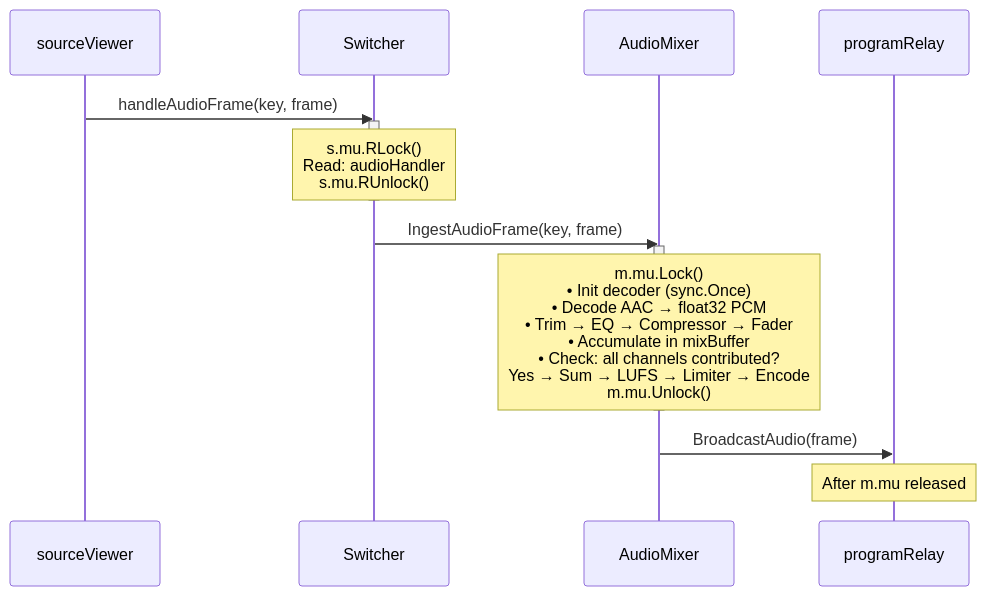
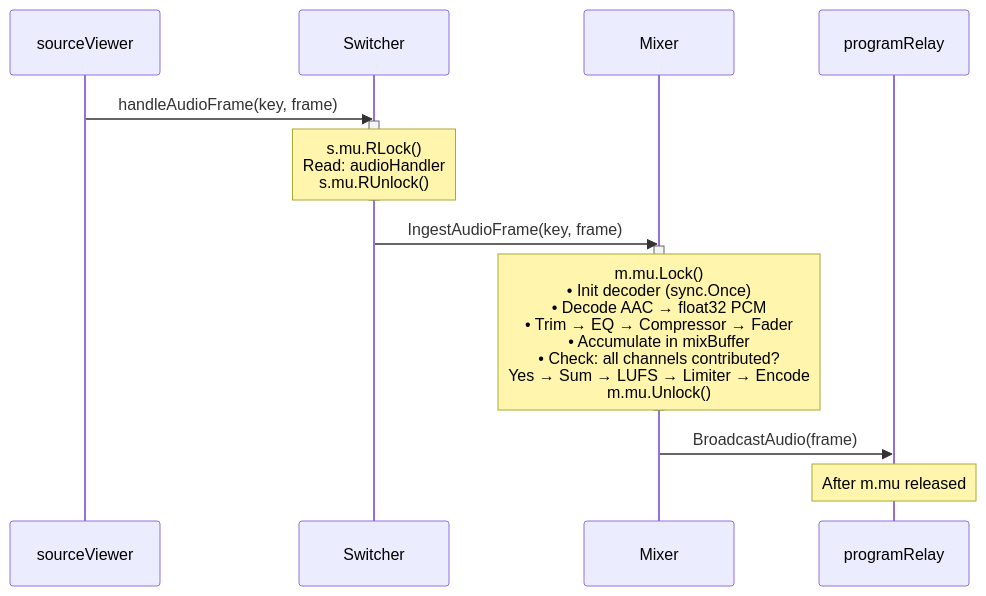
One commit to zsiec/switchframe changed the fifth of 7 diagrams in docs/locking-and-concurrency.md. Above: the diagram before and after it, drawn with Mermaid. The commit also changed other lines of this file and 92 other files, not shown here.

````diff
--- a/docs/locking-and-concurrency.md
+++ b/docs/locking-and-concurrency.md
@@ -283,20 +283,20 @@
 ```mermaid
 sequenceDiagram
     participant SV as sourceViewer
     participant SW as Switcher
-    participant MX as AudioMixer
+    participant MX as Mixer
     participant PR as programRelay
 
     SV->>SW: handleAudioFrame(key, frame)
     activate SW
     Note over SW: s.mu.RLock()<br/>Read: audioHandler<br/>s.mu.RUnlock()
     deactivate SW
 
     SW->>MX: IngestAudioFrame(key, frame)
     activate MX
     Note over MX: m.mu.Lock()<br/>• Init decoder (sync.Once)<br/>• Decode AAC → float32 PCM<br/>• Trim → EQ → Compressor → Fader<br/>• Accumulate in mixBuffer<br/>• Check: all channels contributed?<br/>  Yes → Sum → LUFS → Limiter → Encode<br/>m.mu.Unlock()
     deactivate MX
 
     MX->>PR: BroadcastAudio(frame)
     Note over PR: After m.mu released
 ```
````
